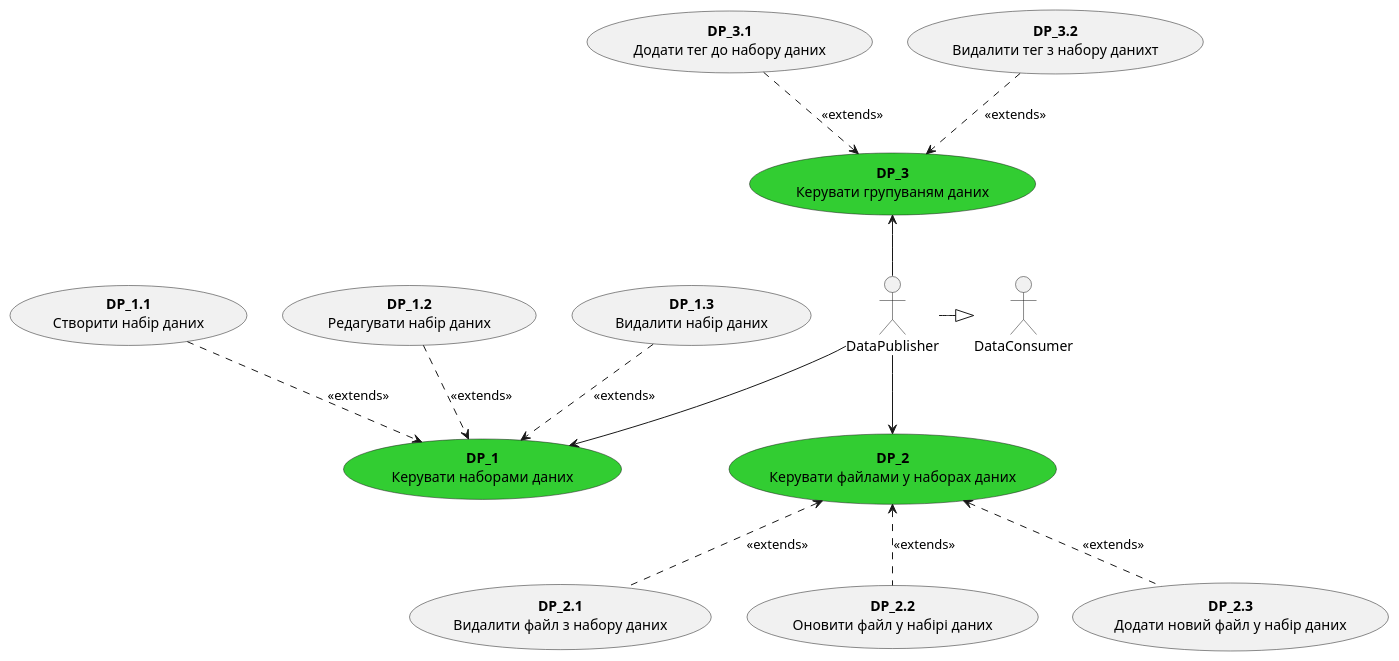
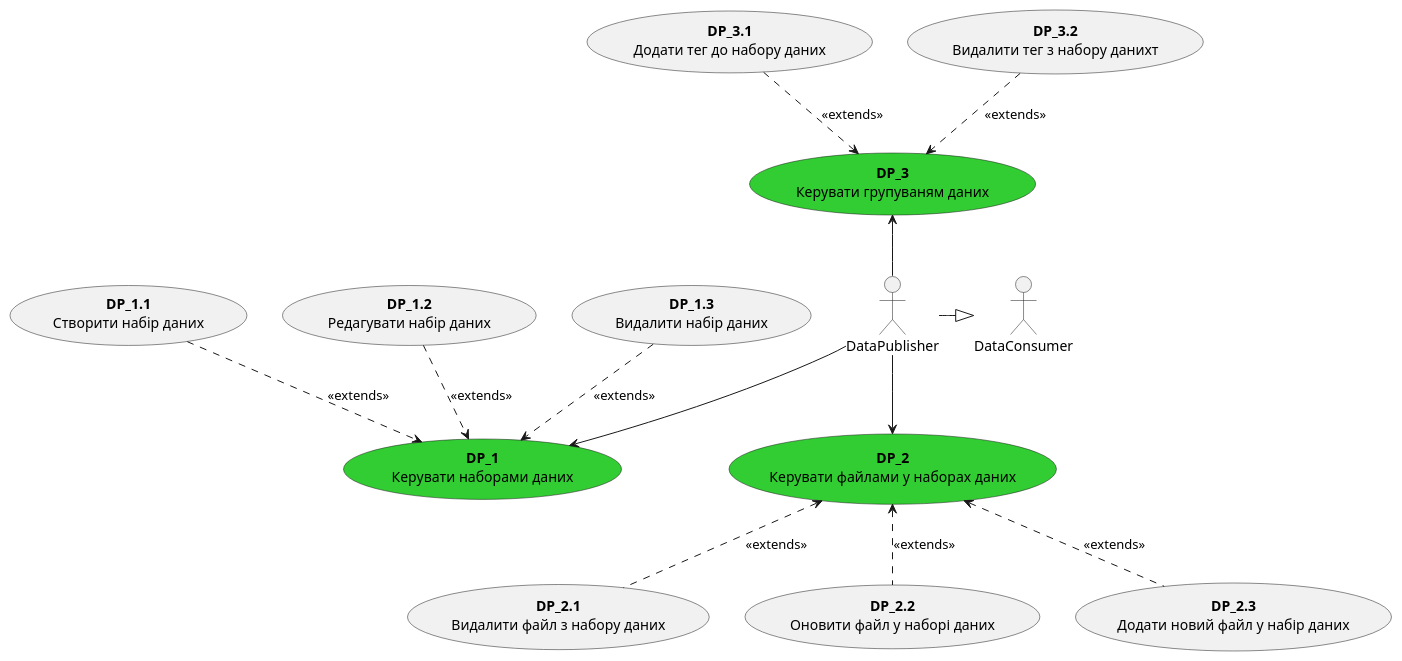
Before and after one commit to boldak/edu-db-cw: the third of 19 diagrams in docs/use cases/Readme.md, drawn with PlantUML. The commit also changed other lines of this file, not shown here.

```diff
--- a/docs/use cases/Readme.md
+++ b/docs/use cases/Readme.md
@@ -104,45 +101,45 @@
 @startuml
 
   actor DataPublisher
   actor DataConsumer
   
   usecase Dmanage1 as "<b>DP_1</b>\nКерувати наборами даних" #32CD32
   usecase Dmanage1_1 as "<b>DP_1.1</b>\nСтворити набiр даних"
   usecase Dmanage1_2 as "<b>DP_1.2</b>\nРедагувати набiр даних"
   usecase Dmanage1_3 as "<b>DP_1.3</b>\nВидалити набiр даних"
 
 
 
   usecase Dmanage2 as "<b>DP_2</b>\nКерувати файлами у наборах даних" #32CD32
   usecase Dmanage2_1 as "<b>DP_2.1</b>\nВидалити файл з набору даних"
-  usecase Dmanage2_2 as "<b>DP_2.2</b>\nОновити файл у набірі даних"
+  usecase Dmanage2_2 as "<b>DP_2.2</b>\nОновити файл у наборі даних"
   usecase Dmanage2_3 as "<b>DP_2.3</b>\nДодати новий файл у набір даних"
 
 
   usecase Dmanage3 as "<b>DP_3</b>\nКерувати групуваням даних" #32CD32
   usecase Dmanage3_1 as "<b>DP_3.1</b>\nДодати тег до набору даних"
   usecase Dmanage3_2 as "<b>DP_3.2</b>\nВидалити тег з набору данихт"
  
   
 
   DataPublisher -u-> Dmanage3
   DataPublisher -d-> Dmanage2
   DataPublisher -d-> Dmanage1
   DataPublisher -r-|> DataConsumer
 
   Dmanage2_1 .u.> Dmanage2: <<extends>>
   Dmanage2_2 .u.> Dmanage2: <<extends>>
   Dmanage2_3 .u.> Dmanage2: <<extends>>
 
   Dmanage3_1 .d.> Dmanage3: <<extends>>
   Dmanage3_2 .d.> Dmanage3: <<extends>>
 
 
   Dmanage1_1 .d.> Dmanage1: <<extends>>
   Dmanage1_2 .d.> Dmanage1: <<extends>>
   Dmanage1_3 .d.> Dmanage1: <<extends>>
 
           
 
   
 @enduml
```
